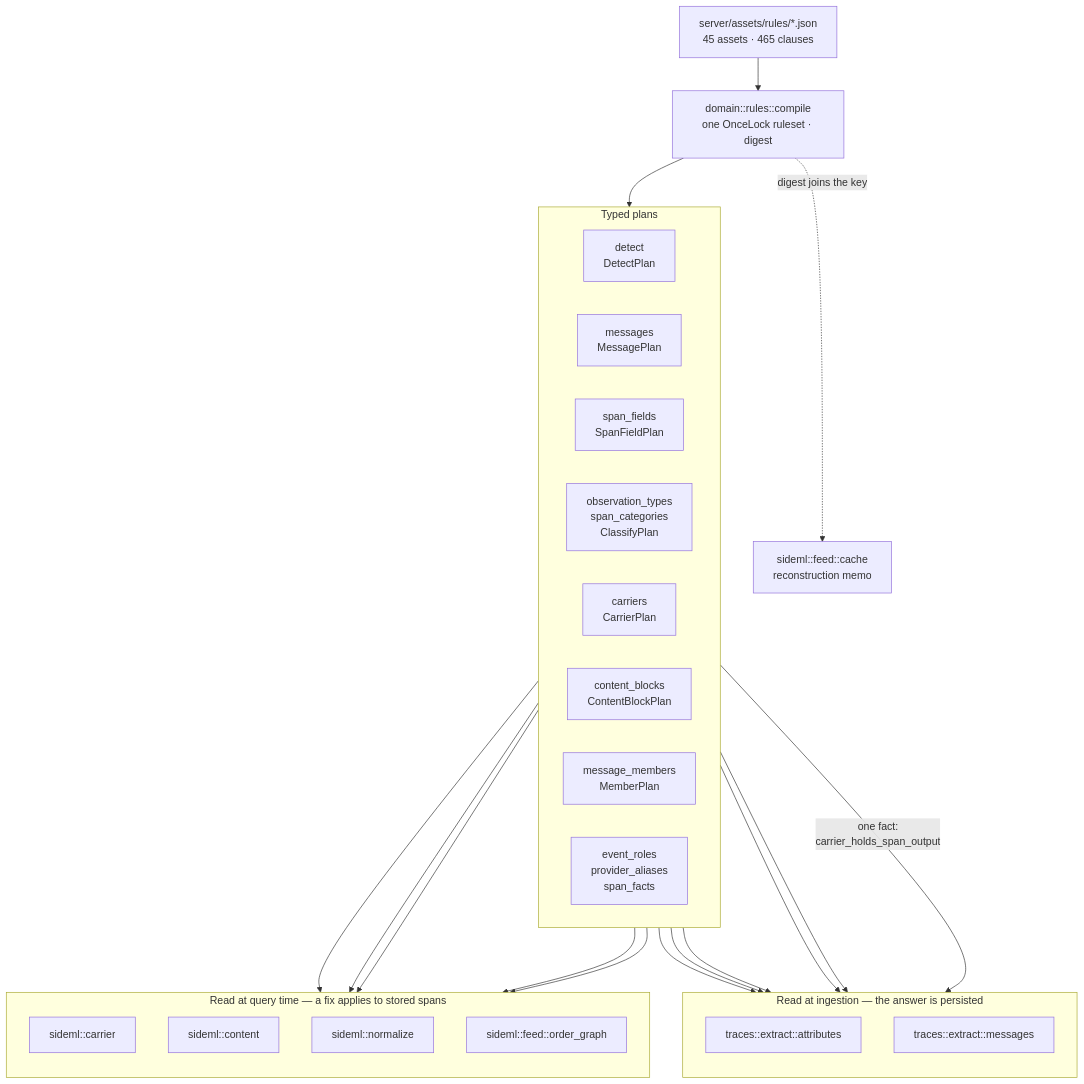
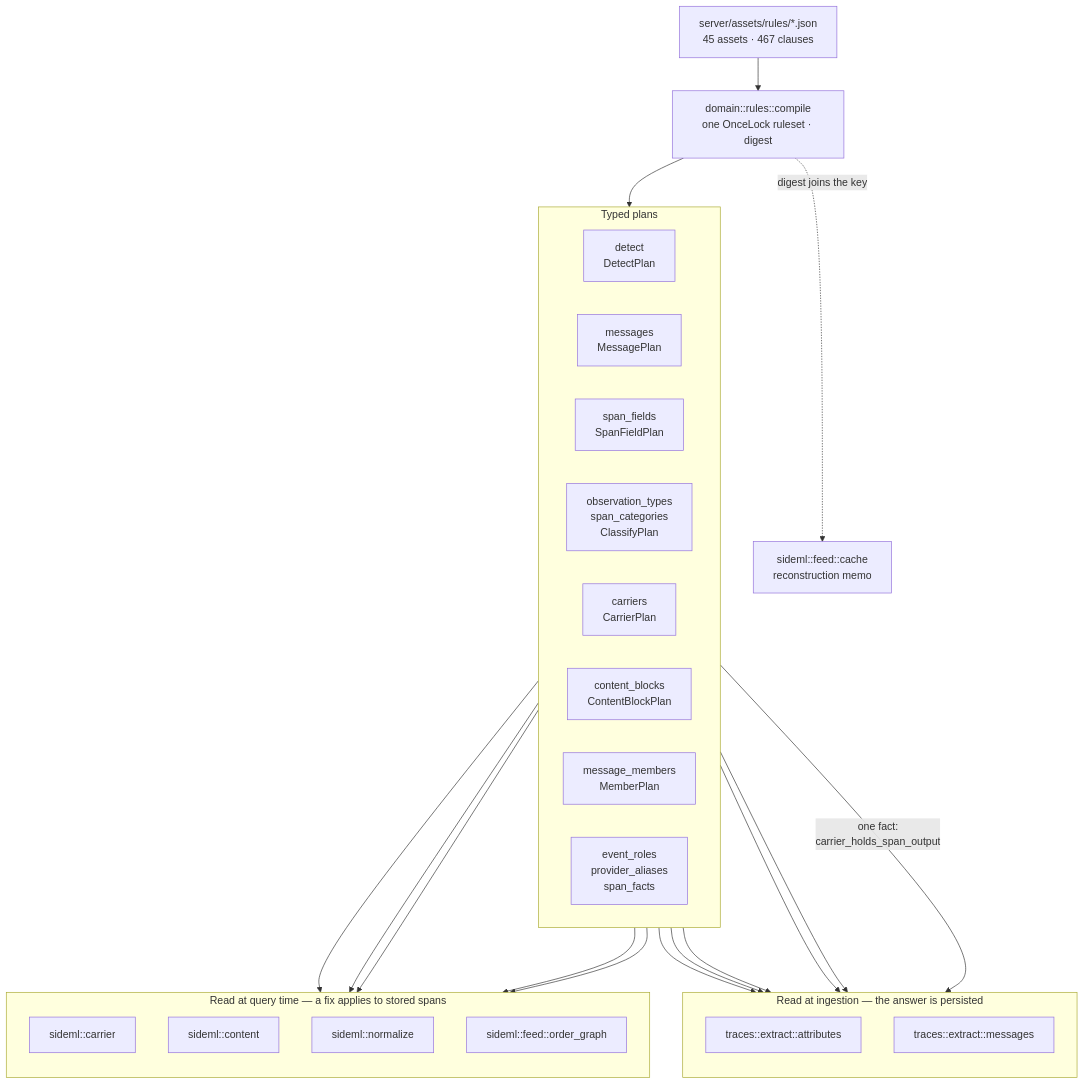
Before and after one commit to sideseat/sideseat: the first of 7 diagrams in docs/engineering/architecture-diagrams.md, drawn with Mermaid. The commit also changed 5 other files, not shown here.

````diff
--- a/docs/engineering/architecture-diagrams.md
+++ b/docs/engineering/architecture-diagrams.md
@@ -18,47 +18,47 @@
 ```mermaid
 flowchart TB
-    assets["server/assets/rules/*.json<br/>45 assets · 465 clauses"]
+    assets["server/assets/rules/*.json<br/>45 assets · 467 clauses"]
     compile["domain::rules::compile<br/>one OnceLock ruleset · digest"]
     assets --> compile
 
     subgraph plans["Typed plans"]
         direction LR
         detect["detect<br/>DetectPlan"]
         messages["messages<br/>MessagePlan"]
         fields["span_fields<br/>SpanFieldPlan"]
         classify["observation_types<br/>span_categories<br/>ClassifyPlan"]
         carriers["carriers<br/>CarrierPlan"]
         blocks["content_blocks<br/>ContentBlockPlan"]
         members["message_members<br/>MemberPlan"]
         roles["event_roles<br/>provider_aliases<br/>span_facts"]
     end
     compile --> plans
 
     subgraph ingest["Read at ingestion — the answer is persisted"]
         direction TB
         attrs["traces::extract::attributes"]
         msgs["traces::extract::messages"]
     end
 
     subgraph query["Read at query time — a fix applies to stored spans"]
         direction TB
         carrier["sideml::carrier"]
         content["sideml::content"]
         normalize["sideml::normalize"]
         order["sideml::feed::order_graph"]
     end
 
     detect --> attrs
     fields --> attrs
     classify --> attrs
     roles --> attrs
     messages --> msgs
     carriers -->|"one fact:<br/>carrier_holds_span_output"| msgs
     carriers --> carrier
     carriers --> order
     blocks --> content
     members --> content
     roles --> normalize
 
     compile -. "digest joins the key" .-> cache["sideml::feed::cache<br/>reconstruction memo"]
 ```
````
